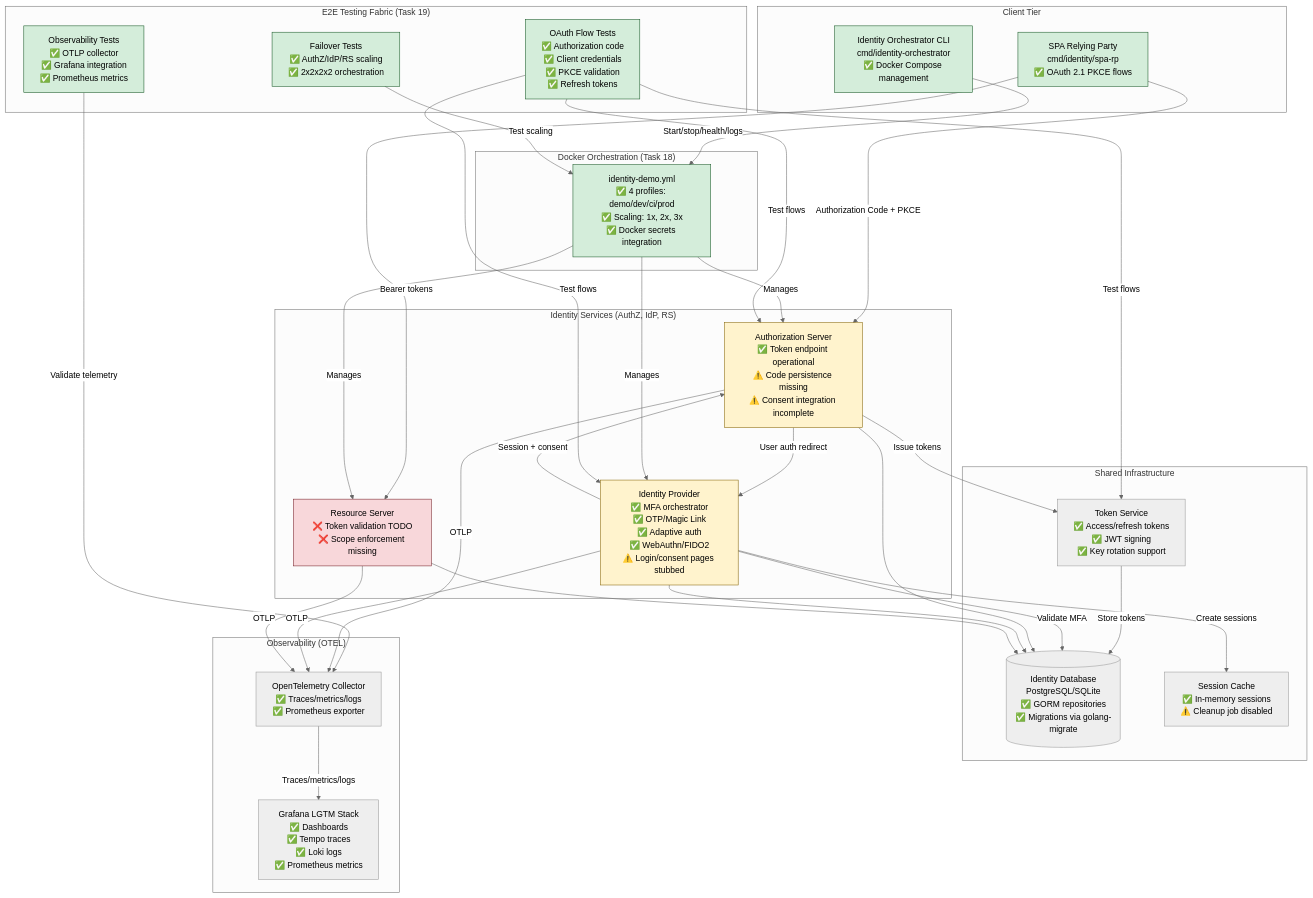
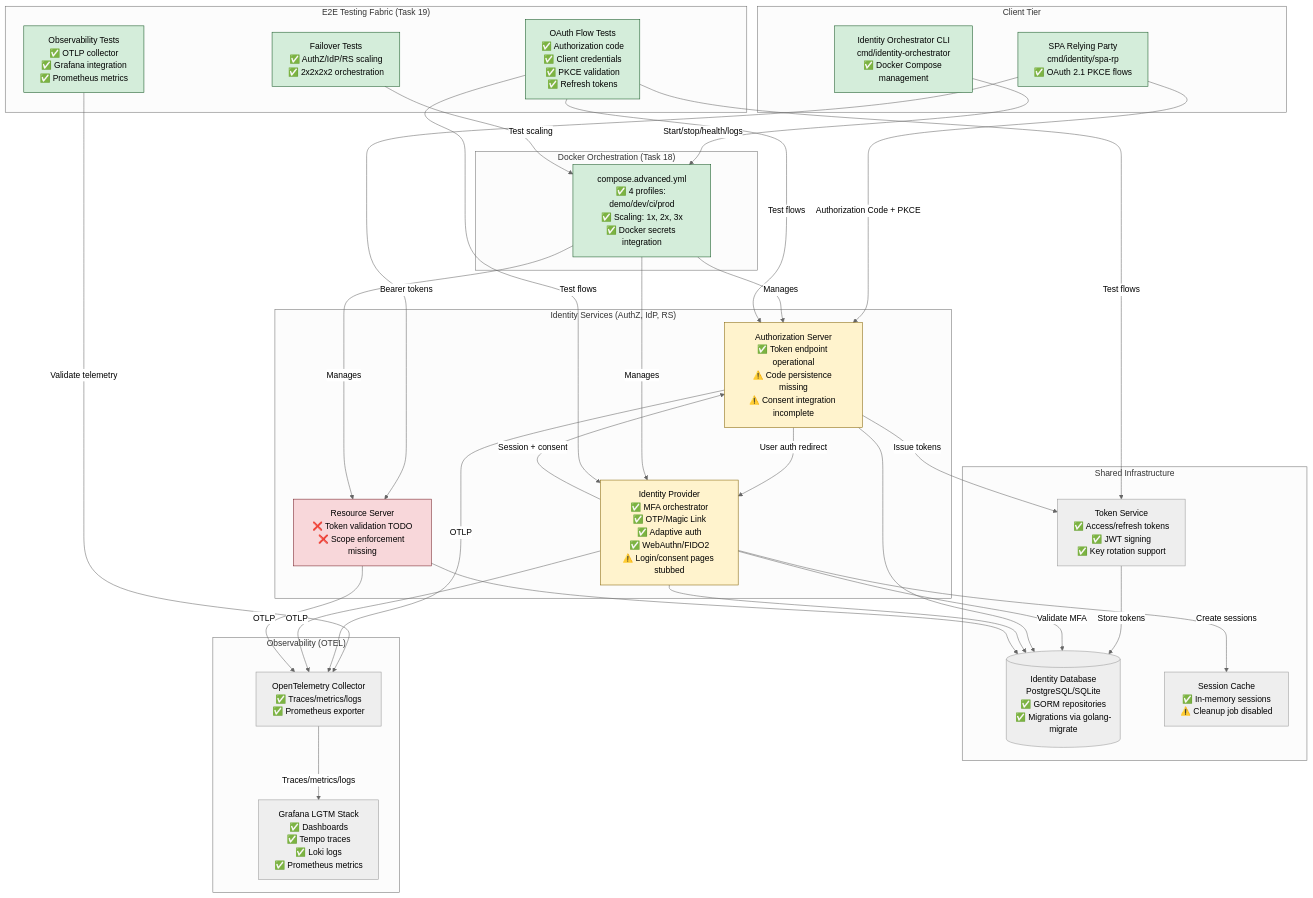
The first of 7 diagrams in docs/02-identityV2/passthru1/task-01-architecture-diagrams.md (justincranford/cryptoutil), drawn with Mermaid (neutral theme) before and after one commit. The commit also changed other lines of this file and 11 other files, not shown here.

````diff
--- a/docs/02-identityV2/passthru1/task-01-architecture-diagrams.md
+++ b/docs/02-identityV2/passthru1/task-01-architecture-diagrams.md
@@ -11,70 +11,70 @@
 ```mermaid
 flowchart TB
     subgraph "Client Tier"
         SPA[SPA Relying Party<br/>cmd/identity/spa-rp<br/>✅ OAuth 2.1 PKCE flows]
         CLI[Identity Orchestrator CLI<br/>cmd/identity-orchestrator<br/>✅ Docker Compose management]
     end
 
     subgraph "Identity Services (AuthZ, IdP, RS)"
         AuthZ[Authorization Server<br/>✅ Token endpoint operational<br/>⚠️ Code persistence missing<br/>⚠️ Consent integration incomplete]
         IdP[Identity Provider<br/>✅ MFA orchestrator<br/>✅ OTP/Magic Link<br/>✅ Adaptive auth<br/>✅ WebAuthn/FIDO2<br/>⚠️ Login/consent pages stubbed]
         RS[Resource Server<br/>❌ Token validation TODO<br/>❌ Scope enforcement missing]
     end
 
     subgraph "Shared Infrastructure"
         DB[(Identity Database<br/>PostgreSQL/SQLite<br/>✅ GORM repositories<br/>✅ Migrations via golang-migrate)]
         TokenSvc[Token Service<br/>✅ Access/refresh tokens<br/>✅ JWT signing<br/>✅ Key rotation support]
         Cache[Session Cache<br/>✅ In-memory sessions<br/>⚠️ Cleanup job disabled]
     end
 
     subgraph "Docker Orchestration (Task 18)"
-        Compose[identity-demo.yml<br/>✅ 4 profiles: demo/dev/ci/prod<br/>✅ Scaling: 1x, 2x, 3x<br/>✅ Docker secrets integration]
+        Compose[compose.advanced.yml<br/>✅ 4 profiles: demo/dev/ci/prod<br/>✅ Scaling: 1x, 2x, 3x<br/>✅ Docker secrets integration]
     end
 
     subgraph "E2E Testing Fabric (Task 19)"
         OAuthTests[OAuth Flow Tests<br/>✅ Authorization code<br/>✅ Client credentials<br/>✅ PKCE validation<br/>✅ Refresh tokens]
         FailoverTests[Failover Tests<br/>✅ AuthZ/IdP/RS scaling<br/>✅ 2x2x2x2 orchestration]
         ObsTests[Observability Tests<br/>✅ OTLP collector<br/>✅ Grafana integration<br/>✅ Prometheus metrics]
     end
 
     subgraph "Observability (OTEL)"
         OTELCollector[OpenTelemetry Collector<br/>✅ Traces/metrics/logs<br/>✅ Prometheus exporter]
         Grafana[Grafana LGTM Stack<br/>✅ Dashboards<br/>✅ Tempo traces<br/>✅ Loki logs<br/>✅ Prometheus metrics]
     end
 
     %% Client interactions
     SPA -->|Authorization Code + PKCE| AuthZ
     SPA -->|Bearer tokens| RS
     CLI -->|Start/stop/health/logs| Compose
 
     %% Service interactions
     AuthZ -->|User auth redirect| IdP
     IdP -->|Session + consent| AuthZ
     AuthZ -->|Issue tokens| TokenSvc
     TokenSvc -->|Store tokens| DB
     IdP -->|Validate MFA| DB
     IdP -->|Create sessions| Cache
     AuthZ & IdP & RS --> DB
 
     %% Orchestration
     Compose -->|Manages| AuthZ & IdP & RS
 
     %% E2E testing
     OAuthTests -->|Test flows| AuthZ & IdP & TokenSvc
     FailoverTests -->|Test scaling| Compose
     ObsTests -->|Validate telemetry| OTELCollector
 
     %% Observability pipeline
     AuthZ & IdP & RS -->|OTLP| OTELCollector
     OTELCollector -->|Traces/metrics/logs| Grafana
 
     style AuthZ fill:#fff3cd,stroke:#856404
     style IdP fill:#fff3cd,stroke:#856404
     style RS fill:#f8d7da,stroke:#721c24
     style SPA fill:#d4edda,stroke:#155724
     style CLI fill:#d4edda,stroke:#155724
     style Compose fill:#d4edda,stroke:#155724
     style OAuthTests fill:#d4edda,stroke:#155724
     style FailoverTests fill:#d4edda,stroke:#155724
     style ObsTests fill:#d4edda,stroke:#155724
 ```
````
